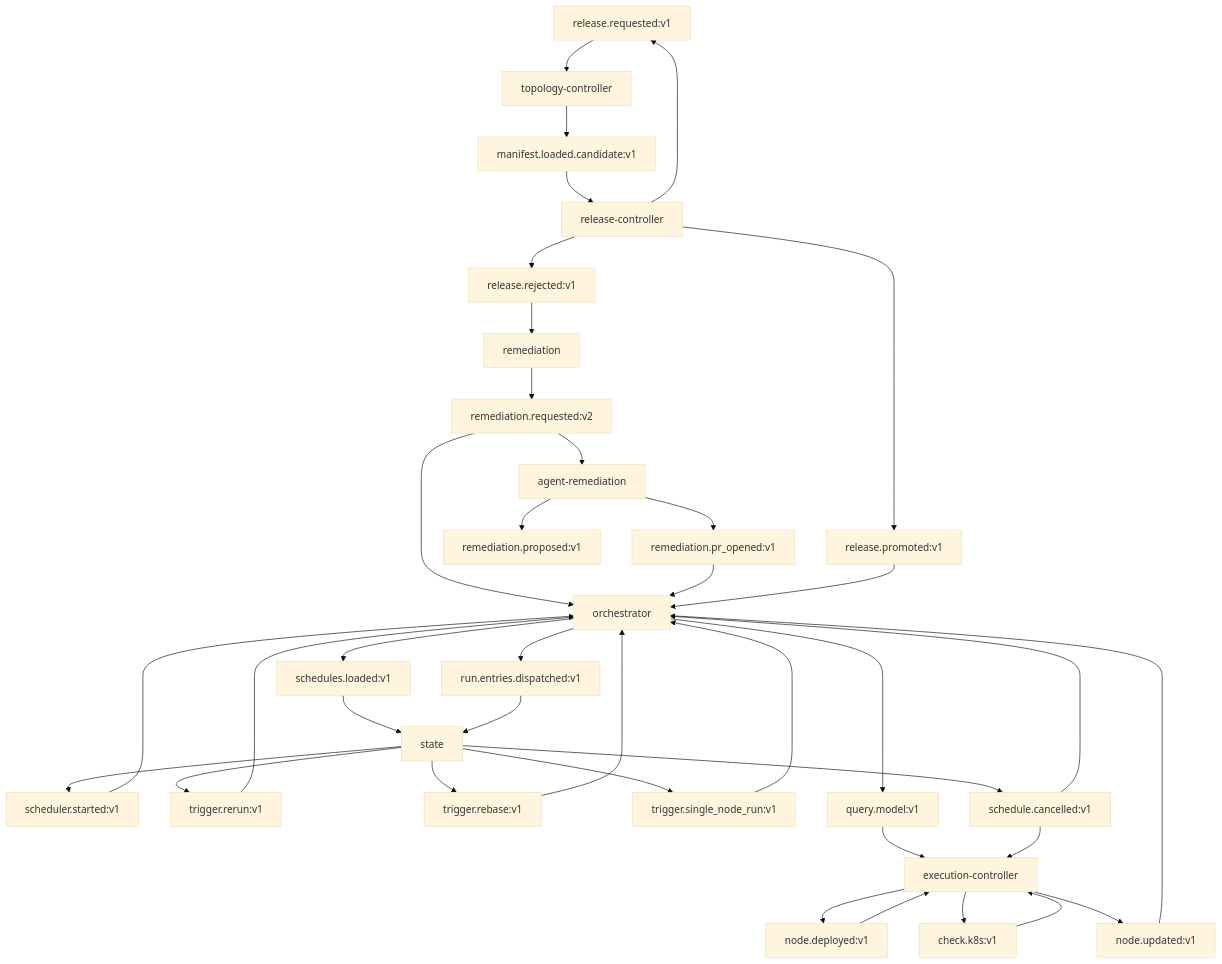
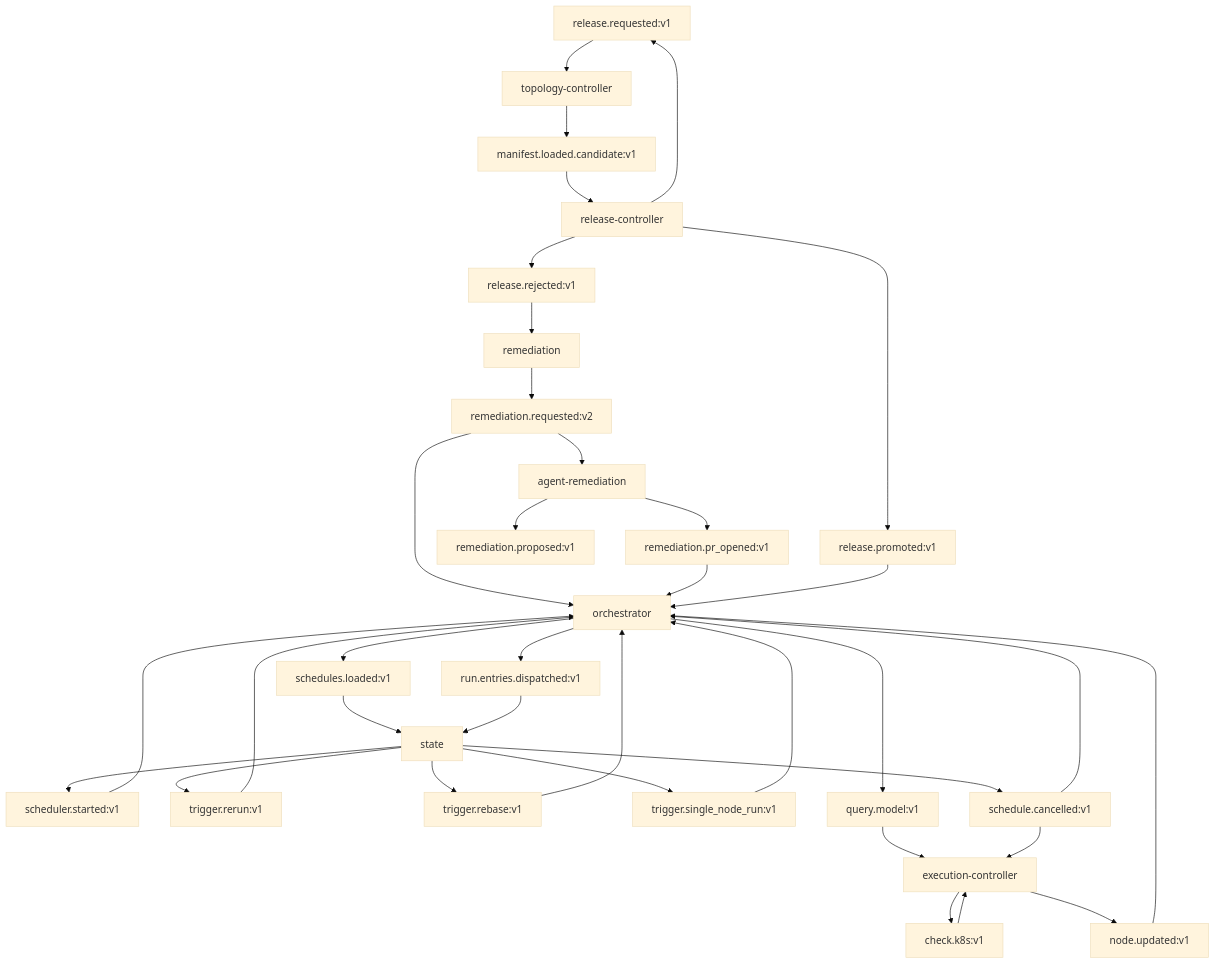
One commit to carolsimone/continuo changed the second of 2 diagrams in docs/arch/01-topology.md. Above: the diagram before and after it, drawn with Mermaid (base theme). The commit also changed 7 other files, not shown here.

````diff
--- a/docs/arch/01-topology.md
+++ b/docs/arch/01-topology.md
@@ -75,68 +75,65 @@
 ```mermaid
 flowchart TD
   RR[release.requested:v1]
   MLC[manifest.loaded.candidate:v1]
   RP[release.promoted:v1]
   RREJ[release.rejected:v1]
   REMREQ[remediation.requested:v2]
   REMPROP[remediation.proposed:v1]
   PROPENED[remediation.pr_opened:v1]
   SL[schedules.loaded:v1]
   SS[scheduler.started:v1]
   RED[run.entries.dispatched:v1]
   TRR[trigger.rerun:v1]
   TRB[trigger.rebase:v1]
   TSN[trigger.single_node_run:v1]
   QM[query.model:v1]
-  ED[node.deployed:v1]
   KCV[check.k8s:v1]
   UT[node.updated:v1]
 
   RC[release-controller] --> RR
   RR --> MC[topology-controller]
   MC --> MLC
   MLC --> RC
   RC --> RP
   RC --> RREJ
   RREJ --> REM[remediation]
   REM --> REMREQ
   REMREQ --> REMA[agent-remediation]
   REMREQ --> OR[orchestrator]
   REMA --> REMPROP
   REMA --> PROPENED
   PROPENED --> OR
   RP --> OR
   OR --> SL
   SL --> ST[state]
 
   ST --> SS
   SS --> OR
   OR --> RED
   RED --> ST
 
   ST --> TRR
   TRR --> OR
 
   ST --> TRB
   TRB --> OR
 
   ST --> TSN
   TSN --> OR
 
   OR --> QM
 
   QM --> EC[execution-controller]
 
-  EC --> ED
-  ED --> EC
   EC --> KCV
   KCV --> EC
   EC --> UT
 
   UT --> OR
 
   SC_EV[schedule.cancelled:v1]
   ST --> SC_EV
   SC_EV --> OR
   SC_EV --> EC
 ```
````
